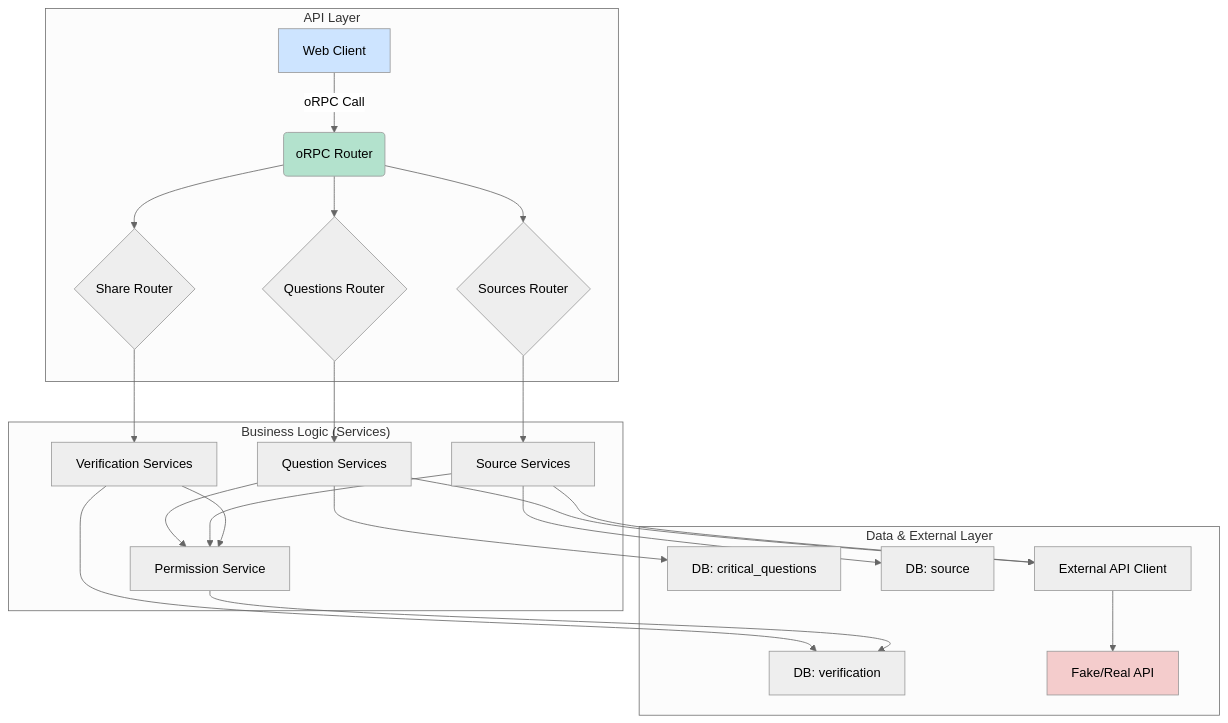
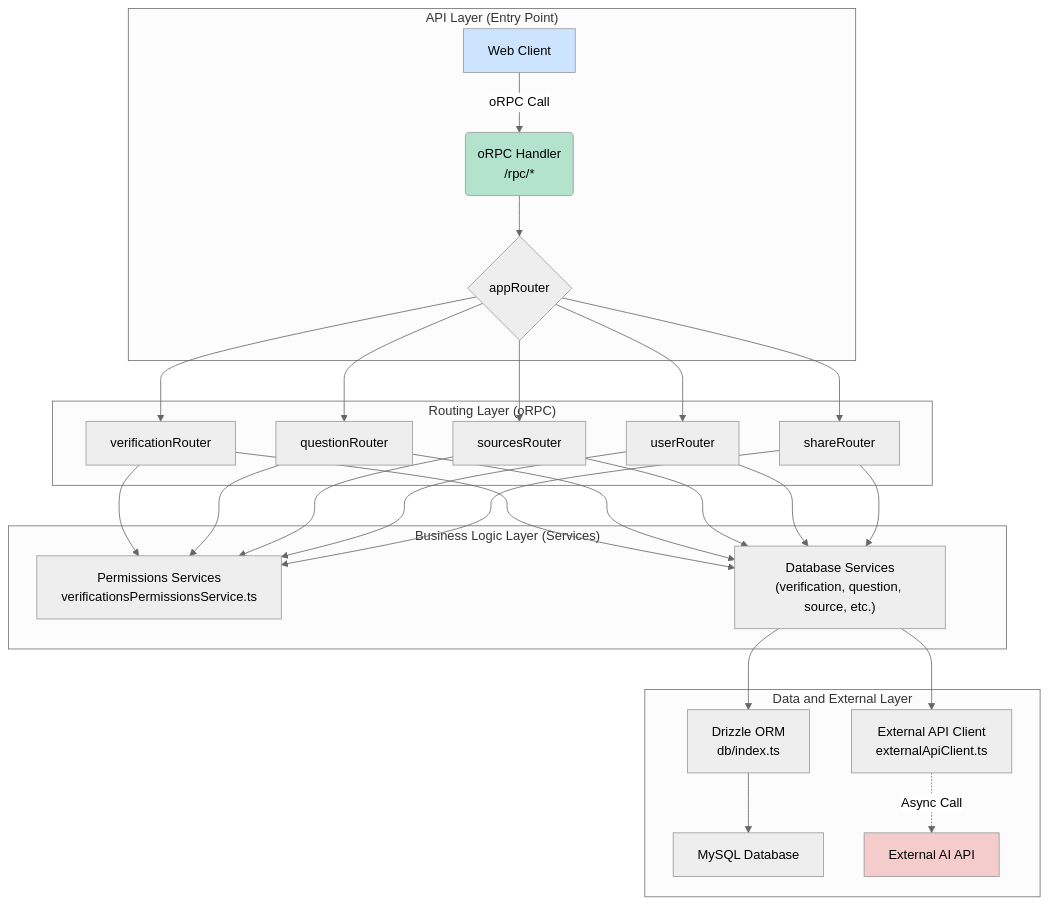
One commit to checkeapp-group/CheckeApp changed the diagram in docs/SERVER.md. Above: the diagram before and after it, drawn with Mermaid (neutral theme). The commit also changed other lines of this file and 5 other files, not shown here.

Commit message:
docs: add comprehensive API documentation and enhance authentication, database, server, and verification flow documentation

````diff
--- a/docs/SERVER.md
+++ b/docs/SERVER.md
@@ -1,29 +7,32 @@
 ```mermaid
 graph TD
-    subgraph "API Layer"
-        A[Web Client] -->|oRPC Call| B(oRPC Router);
-        B --> C{Questions Router};
-        B --> D{Sources Router};
-        B --> E{Share Router};
+    subgraph "API Layer (Entry Point)"
+        A[Web Client] -->|oRPC Call| B(oRPC Handler<br>/rpc/*);
+        B --> C{appRouter};
     end
 
-    subgraph "Business Logic (Services)"
-        C --> F[Question Services];
-        D --> G[Source Services];
-        E --> H[Verification Services];
-        F & G & H --> I[Permission Service];
+    subgraph "Routing Layer (oRPC)"
+        C --> D[verificationRouter];
+        C --> E[questionRouter];
+        C --> F[sourcesRouter];
+        C --> G[userRouter];
+        C --> H[shareRouter];
     end
 
-    subgraph "Data & External Layer"
-        F --> J[DB: critical_questions];
-        G --> K[DB: source];
-        H --> L[DB: verification];
-        I --> L;
-        F & G --> M[External API Client];
-        M --> N[Fake/Real API];
+    subgraph "Business Logic Layer (Services)"
+        D & E & F & G & H --> I[Permissions Services<br>verificationsPermissionsService.ts];
+        D & E & F & G & H --> J["Database Services<br>(verification, question, source, etc.)"];
+
+    end
+
+    subgraph "Data and External Layer"
+        J --> K[Drizzle ORM<br>db/index.ts];
+        K --> L[MySQL Database];
+        J --> M[External API Client<br>externalApiClient.ts];
+        M -.->|Async Call| N[External AI API];
     end
 
     style A fill:#cde4ff
     style B fill:#b3e2cd
     style N fill:#f4cccc
 ```
````
